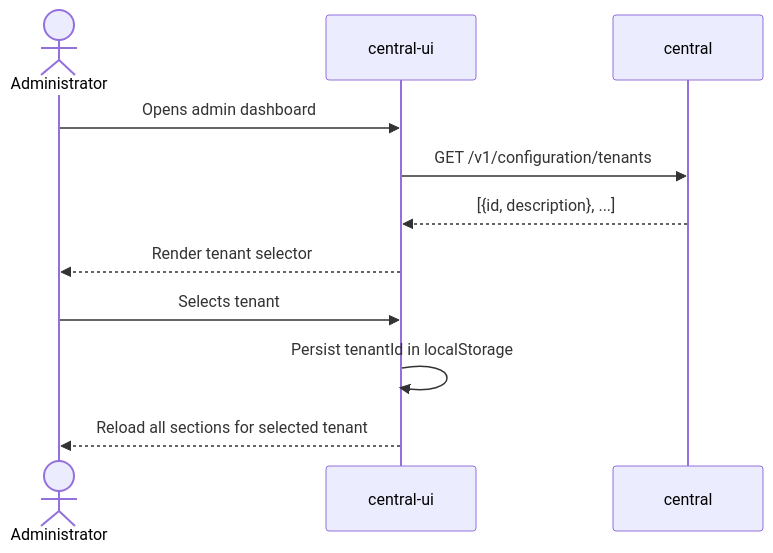
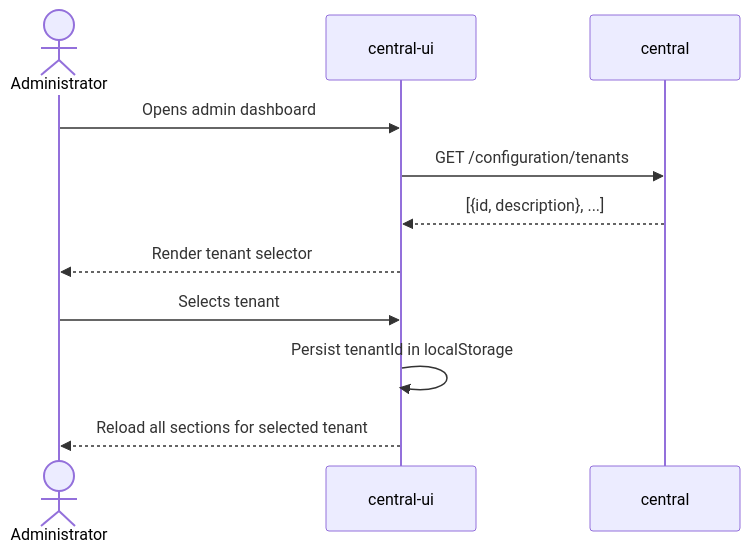
One commit to versolauth/versola changed the third of 8 diagrams in adr/03_central_service.md. Above: the diagram before and after it, drawn with Mermaid. The commit also changed other lines of this file and 234 other files, not shown here.

````diff
--- a/adr/03_central_service.md
+++ b/adr/03_central_service.md
@@ -125,15 +125,15 @@
 ```mermaid
 sequenceDiagram
     actor Admin as Administrator
     participant UI as central-ui
     participant Central as central
 
     Admin->>UI: Opens admin dashboard
-    UI->>Central: GET /v1/configuration/tenants
+    UI->>Central: GET /configuration/tenants
     Central-->>UI: [{id, description}, ...]
     UI-->>Admin: Render tenant selector
 
     Admin->>UI: Selects tenant
     UI->>UI: Persist tenantId in localStorage
     UI-->>Admin: Reload all sections for selected tenant
 ```
````
